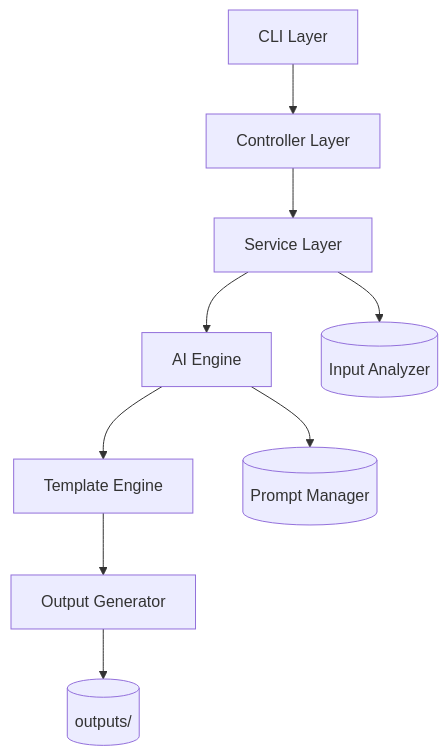
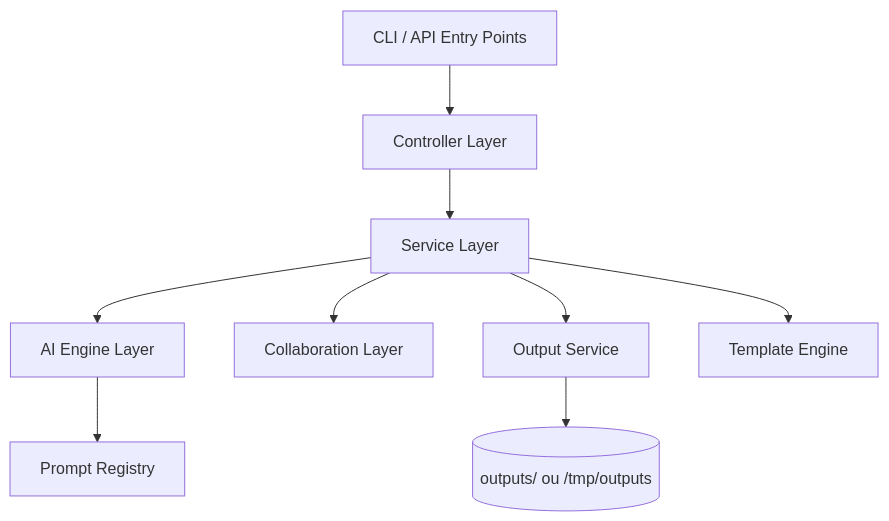
Before and after one commit to FilipiWanderley/RepoLaunch-AI: the first of 3 diagrams in README.md, drawn with Mermaid. The commit also changed other lines of this file, not shown here.

````diff
--- a/README.md
+++ b/README.md
@@ -210,12 +82,11 @@
 ```mermaid
 flowchart TD
-    A[CLI Layer] --> B[Controller Layer]
+    A[CLI / API Entry Points] --> B[Controller Layer]
     B --> C[Service Layer]
-    C --> D[AI Engine]
-    D --> E[Template Engine]
-    E --> F[Output Generator]
-
-    C --> G[(Input Analyzer)]
-    D --> H[(Prompt Manager)]
-    F --> I[(outputs/)]
+    C --> D[AI Engine Layer]
+    C --> E[Collaboration Layer]
+    C --> F[Output Service]
+    D --> G[Prompt Registry]
+    C --> H[Template Engine]
+    F --> I[(outputs/ ou /tmp/outputs)]
 ```
````
